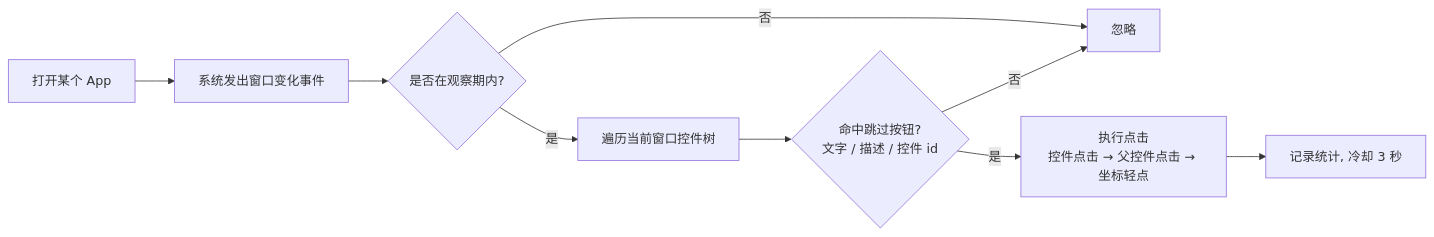
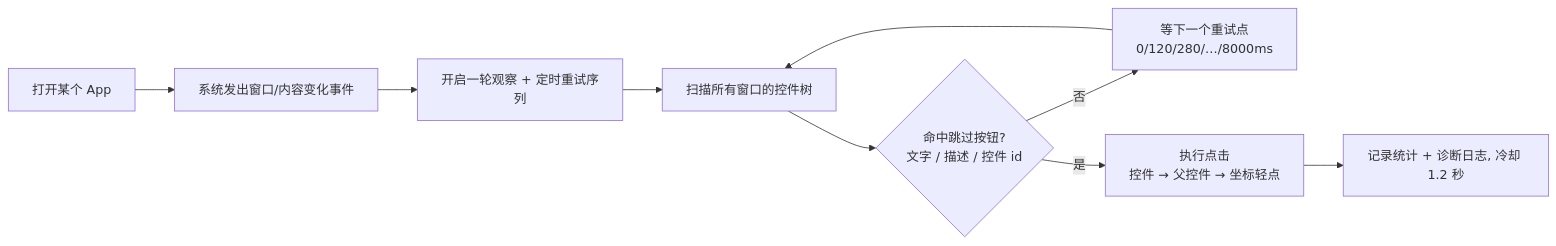
The diagram in README.md (tianshanggo/AdSkipper), drawn with Mermaid before and after one commit. The commit also changed other lines of this file and 8 other files, not shown here.

````diff
--- a/README.md
+++ b/README.md
@@ -13,11 +13,11 @@
 ```mermaid
 flowchart LR
-    A[打开某个 App] --> B[系统发出窗口变化事件]
-    B --> C{是否在观察期内?}
-    C -- 否 --> Z[忽略]
-    C -- 是 --> D[遍历当前窗口控件树]
+    A[打开某个 App] --> B[系统发出窗口/内容变化事件]
+    B --> C[开启一轮观察 + 定时重试序列]
+    C --> D[扫描所有窗口的控件树]
     D --> E{命中跳过按钮?<br/>文字 / 描述 / 控件 id}
-    E -- 否 --> Z
-    E -- 是 --> F[执行点击<br/>控件点击 → 父控件点击 → 坐标轻点]
-    F --> G[记录统计, 冷却 3 秒]
+    E -- 否 --> R[等下一个重试点<br/>0/120/280/…/8000ms]
+    R --> D
+    E -- 是 --> F[执行点击<br/>控件 → 父控件 → 坐标轻点]
+    F --> G[记录统计 + 诊断日志, 冷却 1.2 秒]
 ```
````
